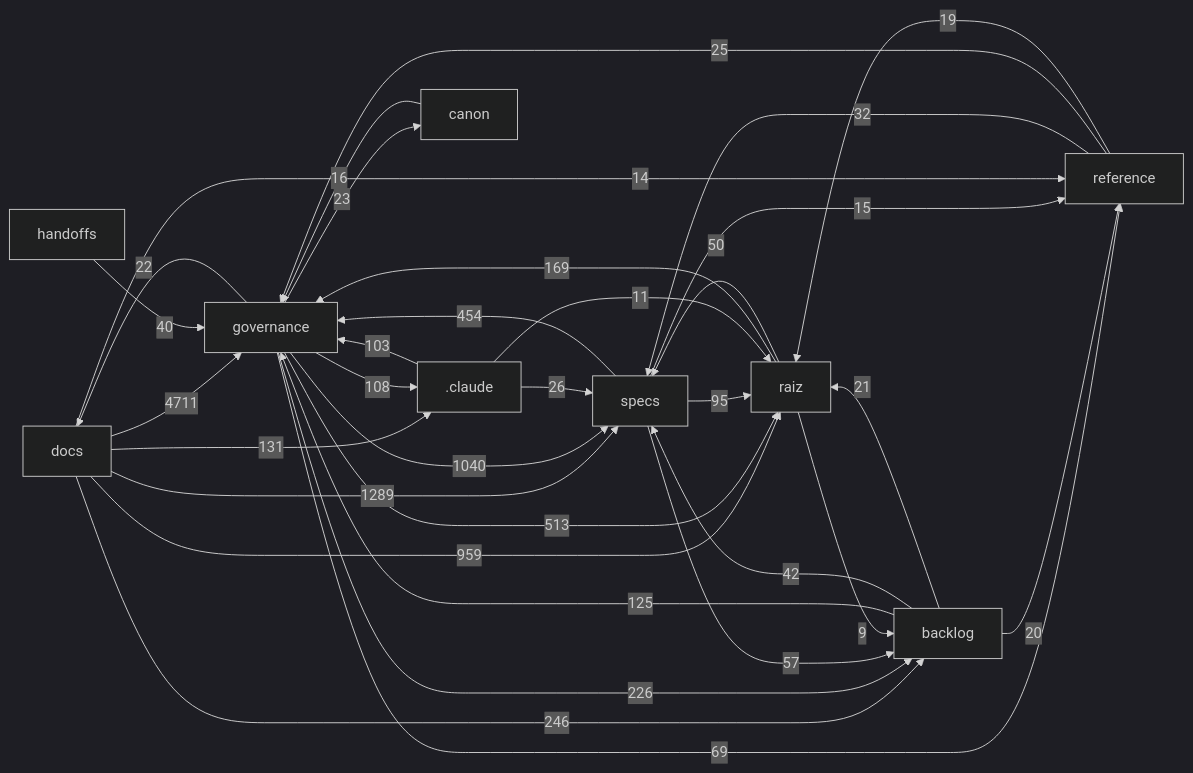
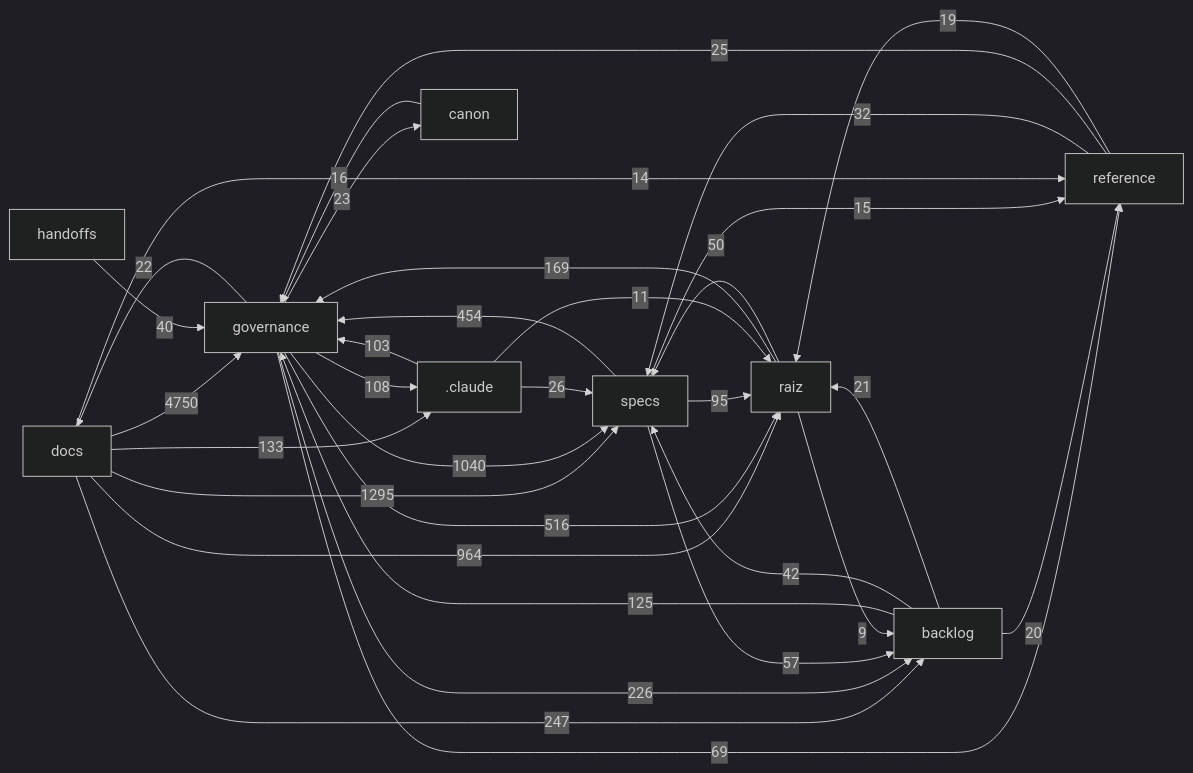
One commit to Andraus35/Sistema-Operacional-de-Trading--SOT changed the diagram in docs/mapa/MAPA-PROJETO.md. Above: the diagram before and after it, drawn with Mermaid (dark theme). The commit also changed other lines of this file and 8 other files, not shown here.

````diff
--- a/docs/mapa/MAPA-PROJETO.md
+++ b/docs/mapa/MAPA-PROJETO.md
@@ -30,35 +30,35 @@
 ```mermaid
 flowchart LR
-  docs["docs"] -->|4711| governance["governance"]
-  docs["docs"] -->|1289| specs["specs"]
+  docs["docs"] -->|4750| governance["governance"]
+  docs["docs"] -->|1295| specs["specs"]
   governance["governance"] -->|1040| specs["specs"]
-  docs["docs"] -->|959| raiz["raiz"]
-  governance["governance"] -->|513| raiz["raiz"]
+  docs["docs"] -->|964| raiz["raiz"]
+  governance["governance"] -->|516| raiz["raiz"]
   specs["specs"] -->|454| governance["governance"]
-  docs["docs"] -->|246| backlog["backlog"]
+  docs["docs"] -->|247| backlog["backlog"]
   governance["governance"] -->|226| backlog["backlog"]
   raiz["raiz"] -->|169| governance["governance"]
-  docs["docs"] -->|131| _claude[".claude"]
+  docs["docs"] -->|133| _claude[".claude"]
   backlog["backlog"] -->|125| governance["governance"]
   governance["governance"] -->|108| _claude[".claude"]
   _claude[".claude"] -->|103| governance["governance"]
   specs["specs"] -->|95| raiz["raiz"]
   governance["governance"] -->|69| reference["reference"]
   specs["specs"] -->|57| backlog["backlog"]
   raiz["raiz"] -->|50| specs["specs"]
   backlog["backlog"] -->|42| specs["specs"]
   handoffs["handoffs"] -->|40| governance["governance"]
   reference["reference"] -->|32| specs["specs"]
   _claude[".claude"] -->|26| specs["specs"]
   reference["reference"] -->|25| governance["governance"]
   governance["governance"] -->|23| canon["canon"]
   governance["governance"] -->|22| docs["docs"]
   backlog["backlog"] -->|21| raiz["raiz"]
   backlog["backlog"] -->|20| reference["reference"]
   reference["reference"] -->|19| raiz["raiz"]
   canon["canon"] -->|16| governance["governance"]
   specs["specs"] -->|15| reference["reference"]
   docs["docs"] -->|14| reference["reference"]
   _claude[".claude"] -->|11| raiz["raiz"]
   raiz["raiz"] -->|9| backlog["backlog"]
 ```
````
